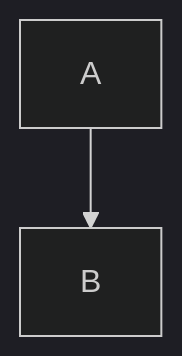
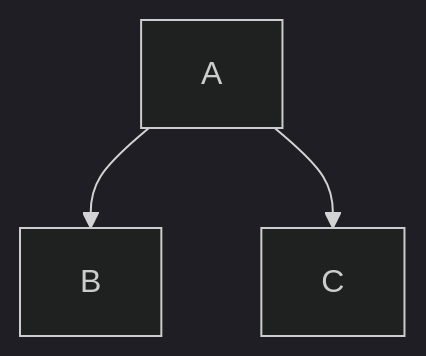
One commit to HadalyVillasclaras/mermaid-diagrams changed the first of 6 diagrams in MERMAID.md. Above: the diagram before and after it, drawn with Mermaid (dark theme). The commit also changed 1 other file, not shown here.

Commit message:
update: readme

`````diff
--- a/MERMAID.md
+++ b/MERMAID.md
@@ -3,4 +3,5 @@
 ```mermaid
-flowchart
+flowchart 
   A --> B
+  A --> C
 ````
`````
